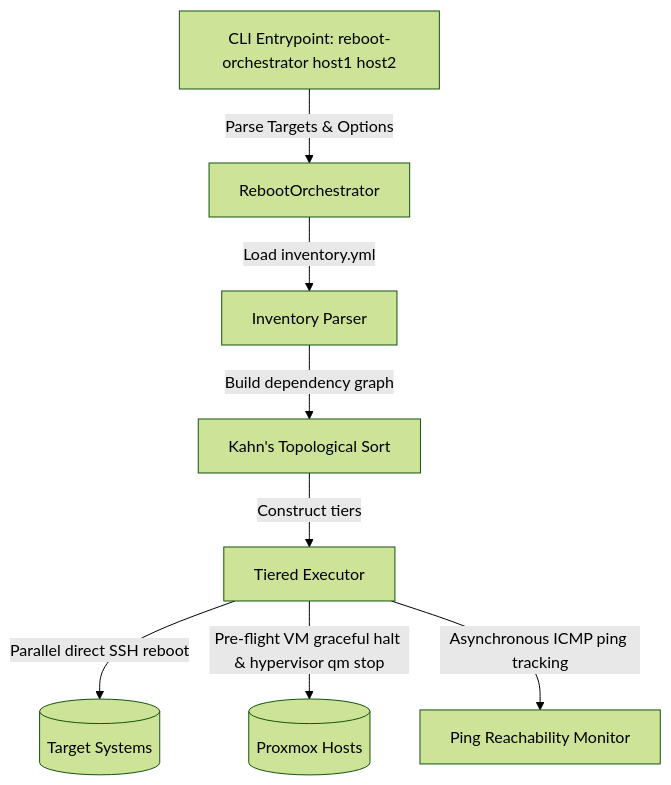
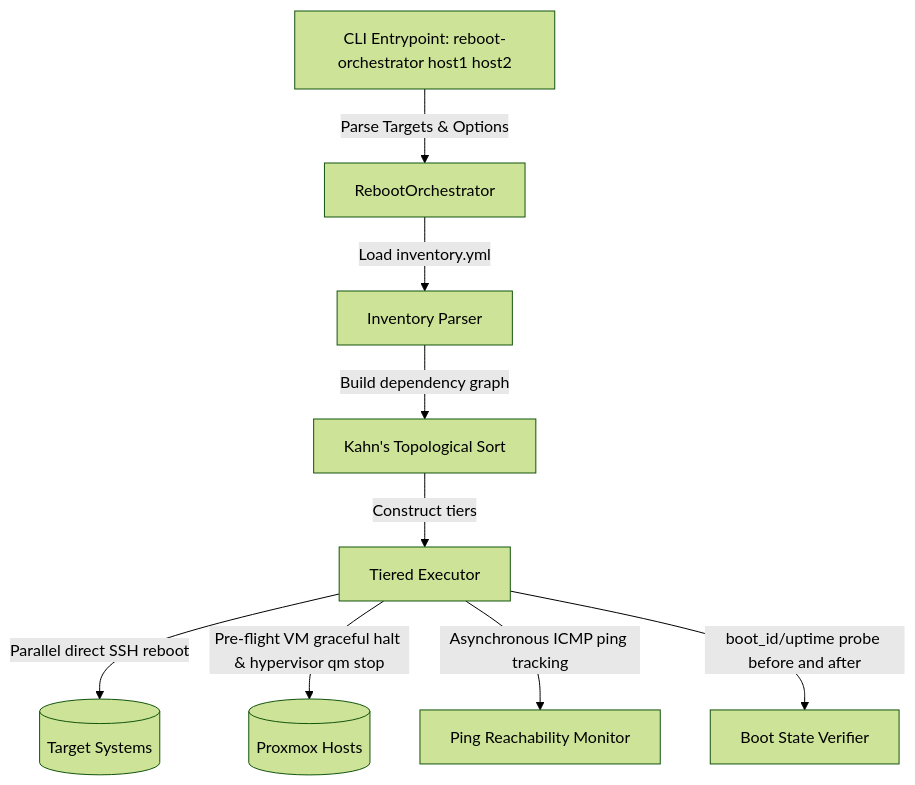
Before and after one commit to m-d-brown/service-management: the diagram in design/004-reboot-orchestrator.md, drawn with Mermaid (forest theme). The commit also changed other lines of this file and 11 other files, not shown here.

````diff
--- a/design/004-reboot-orchestrator.md
+++ b/design/004-reboot-orchestrator.md
@@ -39,10 +42,11 @@
 ```mermaid
 graph TD
     CLI[CLI Entrypoint: reboot-orchestrator host1 host2] -->|Parse Targets & Options| Orchestrator[RebootOrchestrator]
     Orchestrator -->|Load inventory.yml| Parser[Inventory Parser]
     Parser -->|Build dependency graph| Graph[Kahn's Topological Sort]
     Graph -->|Construct tiers| Executor[Tiered Executor]
     Executor -->|Parallel direct SSH reboot| Targets[(Target Systems)]
     Executor -->|Pre-flight VM graceful halt & hypervisor qm stop| Hypervisor[(Proxmox Hosts)]
     Executor -->|Asynchronous ICMP ping tracking| Ping[Ping Reachability Monitor]
+    Executor -->|boot_id/uptime probe before and after| Verifier[Boot State Verifier]
 ```
````
